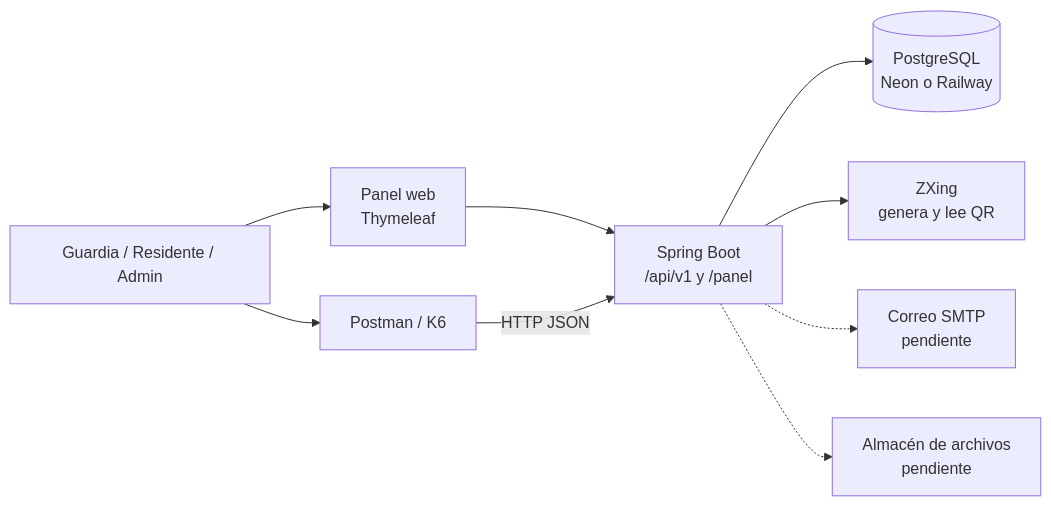
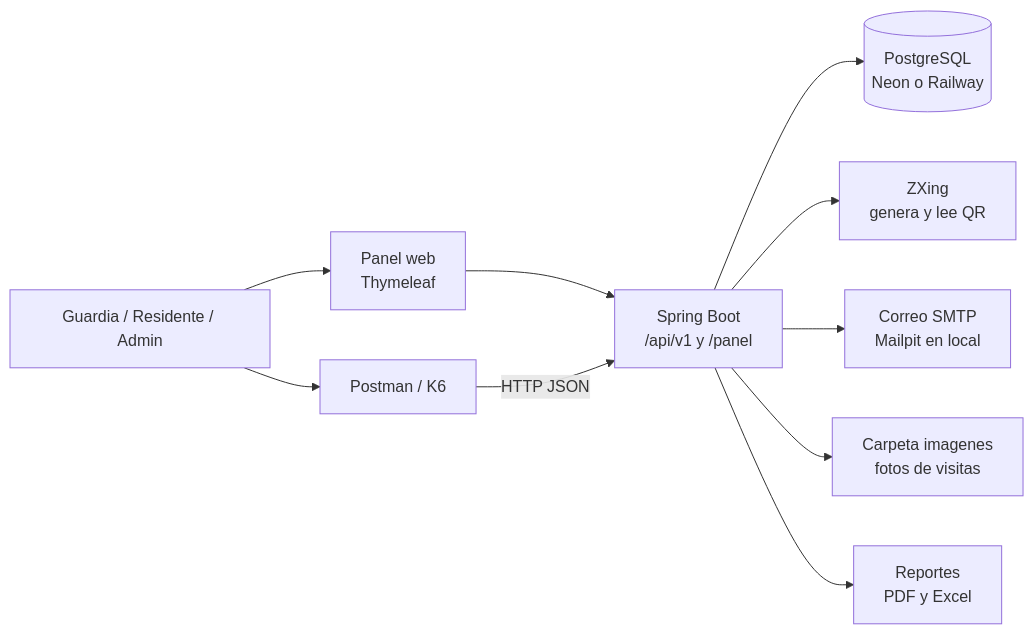
The first of 3 diagrams in README.md (UJefte/Proyecto-Avance-1), drawn with Mermaid before and after one commit. The commit also changed other lines of this file and 26 other files, not shown here.

First line of the commit message:
Fotos de visitas, correo al residente y reportes PDF/Excel

````diff
--- a/README.md
+++ b/README.md
@@ -25,11 +27,12 @@
 ```mermaid
 flowchart LR
     U[Guardia / Residente / Admin] --> F[Panel web<br/>Thymeleaf]
     U --> P[Postman / K6]
     F --> API[Spring Boot<br/>/api/v1 y /panel]
     P -->|HTTP JSON| API
     API --> DB[(PostgreSQL<br/>Neon o Railway)]
     API --> QR[ZXing<br/>genera y lee QR]
-    API -.-> MAIL[Correo SMTP<br/>pendiente]
-    API -.-> ARCH[Almacén de archivos<br/>pendiente]
+    API --> MAIL[Correo SMTP<br/>Mailpit en local]
+    API --> ARCH[Carpeta imagenes<br/>fotos de visitas]
+    API --> REP[Reportes<br/>PDF y Excel]
 ```
````
